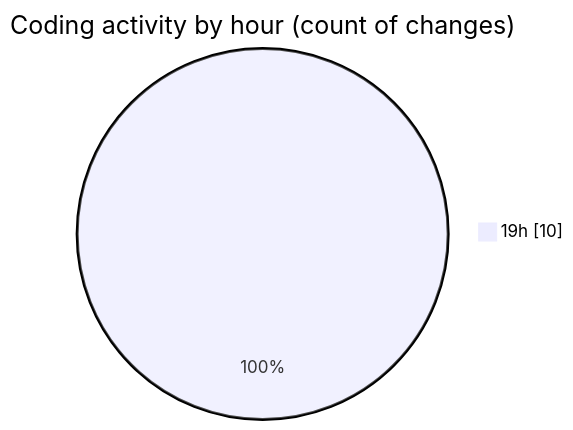
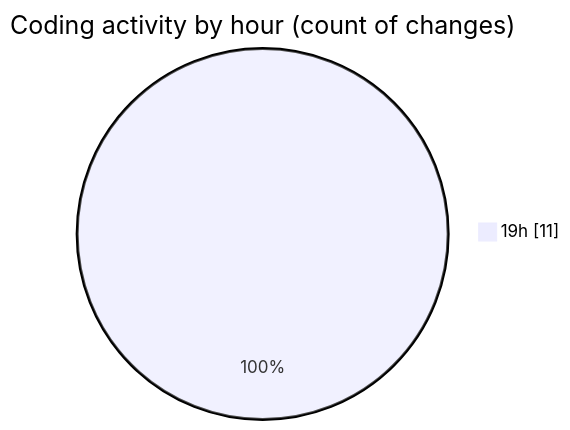
Before and after one commit to JenPaints/code-tracking: the second of 2 diagrams in 2025-06-20/archive/README.md, drawn with Mermaid. The commit also changed other lines of this file and 1 other file, not shown here.

````diff
--- a/2025-06-20/archive/README.md
+++ b/2025-06-20/archive/README.md
@@ -36,5 +37,5 @@
 ```mermaid
 pie showData
 title Coding activity by hour (count of changes)
-"19h" : 10
+"19h" : 11
 ```
````
